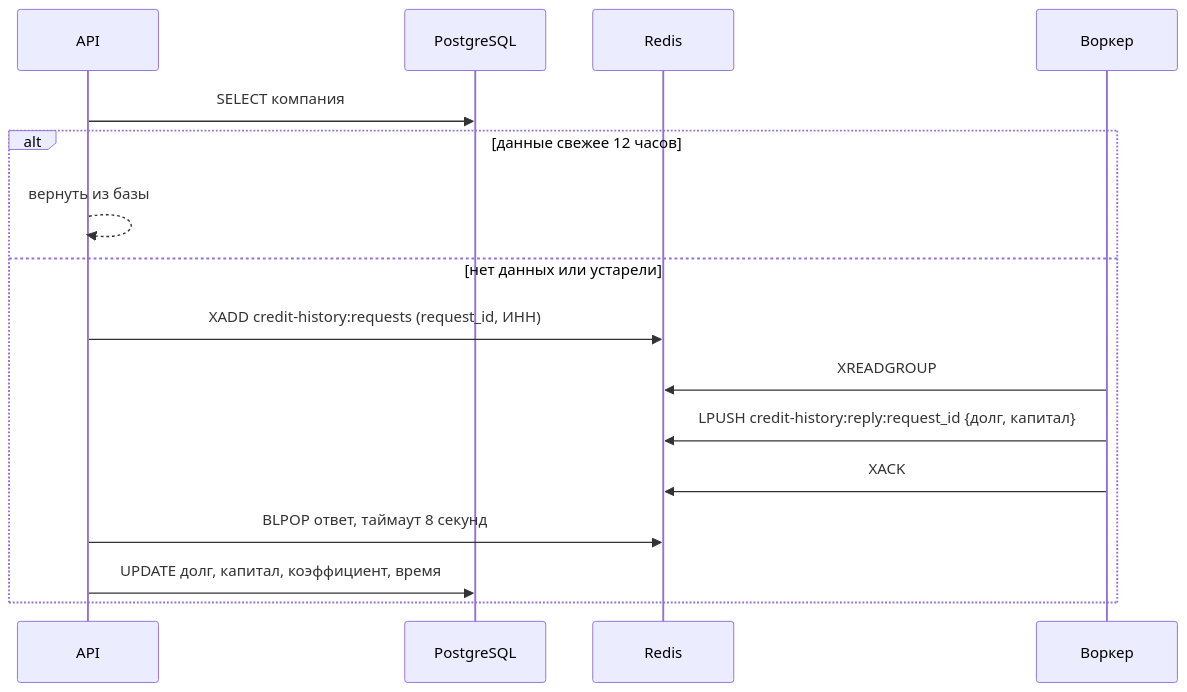
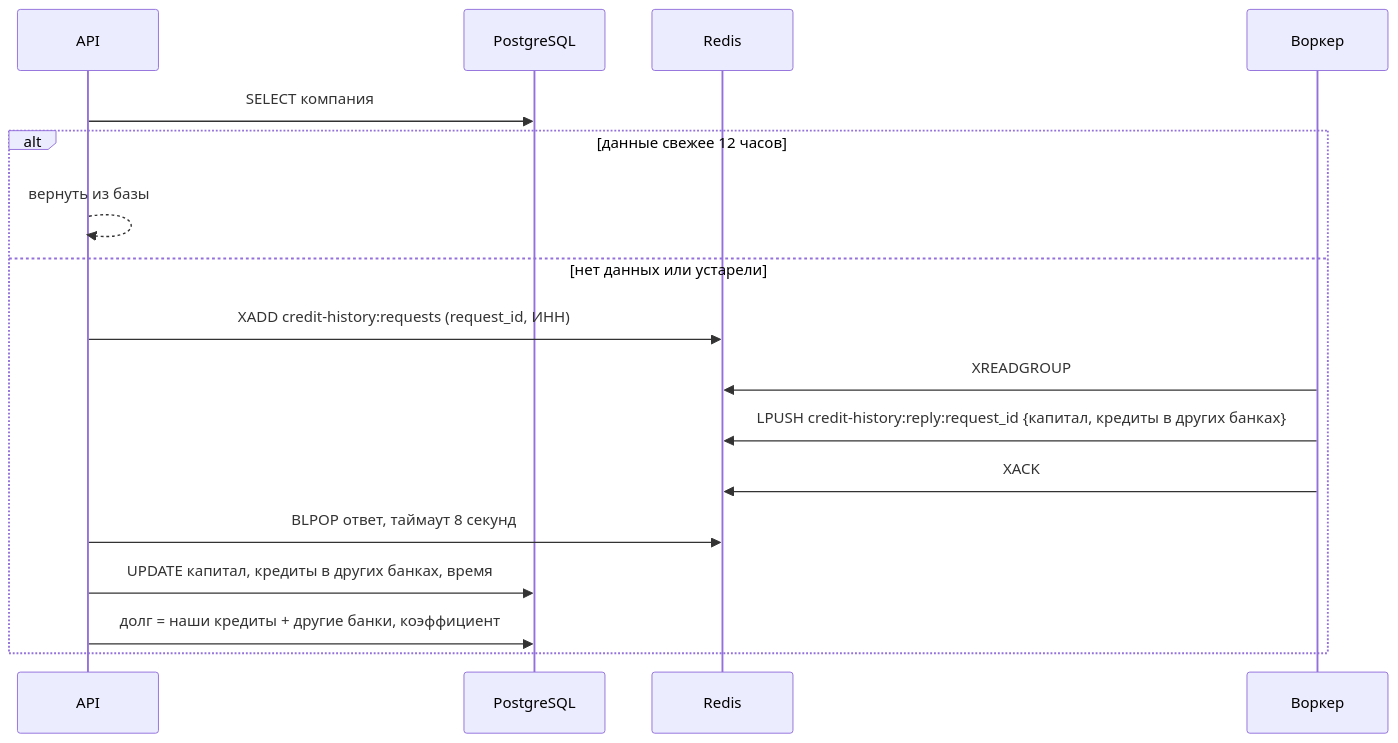
One commit to rudast/alpha-hack-2026 changed the third of 3 diagrams in docs/architecture.md. Above: the diagram before and after it, drawn with Mermaid. The commit also changed 16 other files, not shown here.

Commit message:
API считает долг: наши кредиты + кредиты в других банках

````diff
--- a/docs/architecture.md
+++ b/docs/architecture.md
@@ -90,19 +90,20 @@
 ```mermaid
 sequenceDiagram
     participant A as API
     participant DB as PostgreSQL
     participant R as Redis
     participant W as Воркер
 
     A->>DB: SELECT компания
     alt данные свежее 12 часов
         A-->>A: вернуть из базы
     else нет данных или устарели
         A->>R: XADD credit-history:requests (request_id, ИНН)
         W->>R: XREADGROUP
-        W->>R: LPUSH credit-history:reply:request_id {долг, капитал}
+        W->>R: LPUSH credit-history:reply:request_id {капитал, кредиты в других банках}
         W->>R: XACK
         A->>R: BLPOP ответ, таймаут 8 секунд
-        A->>DB: UPDATE долг, капитал, коэффициент, время
+        A->>DB: UPDATE капитал, кредиты в других банках, время
+        A->>DB: долг = наши кредиты + другие банки, коэффициент
     end
 ```
````
